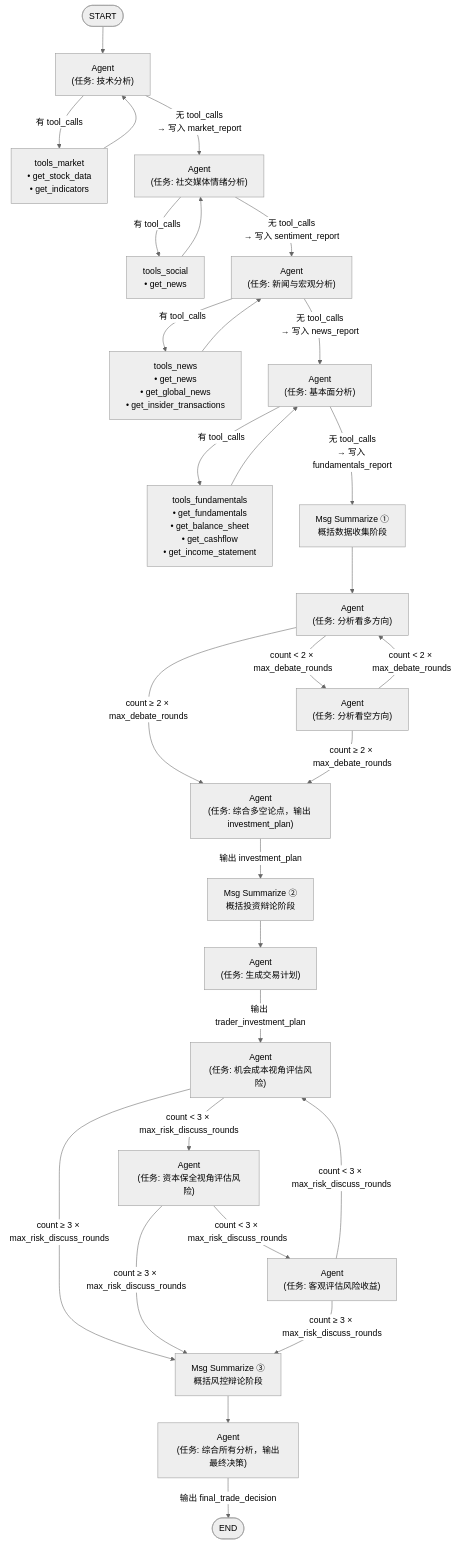
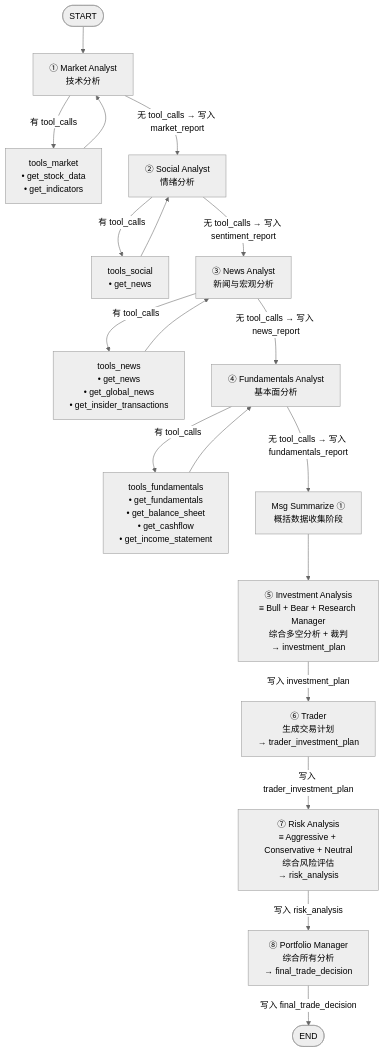
Before and after one commit to Handshakeworm/TradeHive: the second of 2 diagrams in SINGLE_AGENT_DESIGN.md, drawn with Mermaid (neutral theme). The commit also changed other lines of this file and 1 other file, not shown here.

Commit message:
完善baseline/single agent/multi agent设计，组织分工

````diff
--- a/SINGLE_AGENT_DESIGN.md
+++ b/SINGLE_AGENT_DESIGN.md
@@ -179,55 +169,41 @@
 ```mermaid
 flowchart TD
     START([START])
 
     %% ===== 第一阶段：数据收集 =====
-    START --> MA["Agent\n(任务: 技术分析)"]
-    MA -->|有 tool_calls| TM["tools_market\n• get_stock_data\n• get_indicators"]
+    START --> MA["① Market Analyst<br/>技术分析"]
+    MA -->|有 tool_calls| TM["tools_market<br/>• get_stock_data<br/>• get_indicators"]
     TM --> MA
-    MA -->|"无 tool_calls\n→ 写入 market_report"| SA
+    MA -->|"无 tool_calls → 写入 market_report"| SA
 
-    SA["Agent\n(任务: 社交媒体情绪分析)"]
-    SA -->|有 tool_calls| TS["tools_social\n• get_news"]
+    SA["② Social Analyst<br/>情绪分析"]
+    SA -->|有 tool_calls| TS["tools_social<br/>• get_news"]
     TS --> SA
-    SA -->|"无 tool_calls\n→ 写入 sentiment_report"| NA
+    SA -->|"无 tool_calls → 写入 sentiment_report"| NA
 
-    NA["Agent\n(任务: 新闻与宏观分析)"]
-    NA -->|有 tool_calls| TN["tools_news\n• get_news\n• get_global_news\n• get_insider_transactions"]
+    NA["③ News Analyst<br/>新闻与宏观分析"]
+    NA -->|有 tool_calls| TN["tools_news<br/>• get_news<br/>• get_global_news<br/>• get_insider_transactions"]
     TN --> NA
-    NA -->|"无 tool_calls\n→ 写入 news_report"| FA
+    NA -->|"无 tool_calls → 写入 news_report"| FA
 
-    FA["Agent\n(任务: 基本面分析)"]
-    FA -->|有 tool_calls| TF["tools_fundamentals\n• get_fundamentals\n• get_balance_sheet\n• get_cashflow\n• get_income_statement"]
+    FA["④ Fundamentals Analyst<br/>基本面分析"]
+    FA -->|有 tool_calls| TF["tools_fundamentals<br/>• get_fundamentals<br/>• get_balance_sheet<br/>• get_cashflow<br/>• get_income_statement"]
     TF --> FA
-    FA -->|"无 tool_calls\n→ 写入 fundamentals_report"| MS1["Msg Summarize ①\n概括数据收集阶段"]
+    FA -->|"无 tool_calls → 写入 fundamentals_report"| MS1["Msg Summarize ①<br/>概括数据收集阶段"]
 
-    %% ===== 第二阶段：投资辩论（同一 Agent，不同任务指令） =====
-    MS1 --> Bull["Agent\n(任务: 分析看多方向)"]
-
-    Bull -->|"count < 2 × max_debate_rounds"| Bear["Agent\n(任务: 分析看空方向)"]
-    Bull -->|"count ≥ 2 × max_debate_rounds"| RM["Agent\n(任务: 综合多空论点，输出 investment_plan)"]
-
-    Bear -->|"count < 2 × max_debate_rounds"| Bull
-    Bear -->|"count ≥ 2 × max_debate_rounds"| RM
-
-    RM -->|"输出 investment_plan"| MS2["Msg Summarize ②\n概括投资辩论阶段"]
+    %% ===== 第二阶段：综合投资分析（Bull + Bear + Research Manager 合并） =====
+    MS1 --> IA["⑤ Investment Analysis<br/>≡ Bull + Bear + Research Manager<br/>综合多空分析 + 裁判<br/>→ investment_plan"]
+    IA -->|"写入 investment_plan"| Trader
 
     %% ===== 第三阶段：交易计划 =====
-    MS2 --> Trader["Agent\n(任务: 生成交易计划)"]
+    Trader["⑥ Trader<br/>生成交易计划<br/>→ trader_investment_plan"]
+    Trader -->|"写入 trader_investment_plan"| RA
 
-    %% ===== 第四阶段：风控辩论（同一 Agent，不同风险视角任务） =====
-    Trader -->|"输出 trader_investment_plan"| Agg["Agent\n(任务: 机会成本视角评估风险)"]
+    %% ===== 第四阶段：综合风控分析（Aggressive + Conservative + Neutral 合并） =====
+    RA["⑦ Risk Analysis<br/>≡ Aggressive + Conservative + Neutral<br/>综合风险评估<br/>→ risk_analysis"]
+    RA -->|"写入 risk_analysis"| PM
 
-    Agg -->|"count < 3 × max_risk_discuss_rounds"| Con["Agent\n(任务: 资本保全视角评估风险)"]
-    Agg -->|"count ≥ 3 × max_risk_discuss_rounds"| MS3["Msg Summarize ③\n概括风控辩论阶段"]
-
-    Con -->|"count < 3 × max_risk_discuss_rounds"| Neu["Agent\n(任务: 客观评估风险收益)"]
-    Con -->|"count ≥ 3 × max_risk_discuss_rounds"| MS3
-
-    Neu -->|"count < 3 × max_risk_discuss_rounds"| Agg
-    Neu -->|"count ≥ 3 × max_risk_discuss_rounds"| MS3
-
-    %% ===== 输出 =====
-    MS3 --> PM["Agent\n(任务: 综合所有分析，输出最终决策)"]
-    PM -->|"输出 final_trade_decision"| END([END])
+    %% ===== 最终决策 =====
+    PM["⑧ Portfolio Manager<br/>综合所有分析<br/>→ final_trade_decision"]
+    PM -->|"写入 final_trade_decision"| END([END])
 ```
````
